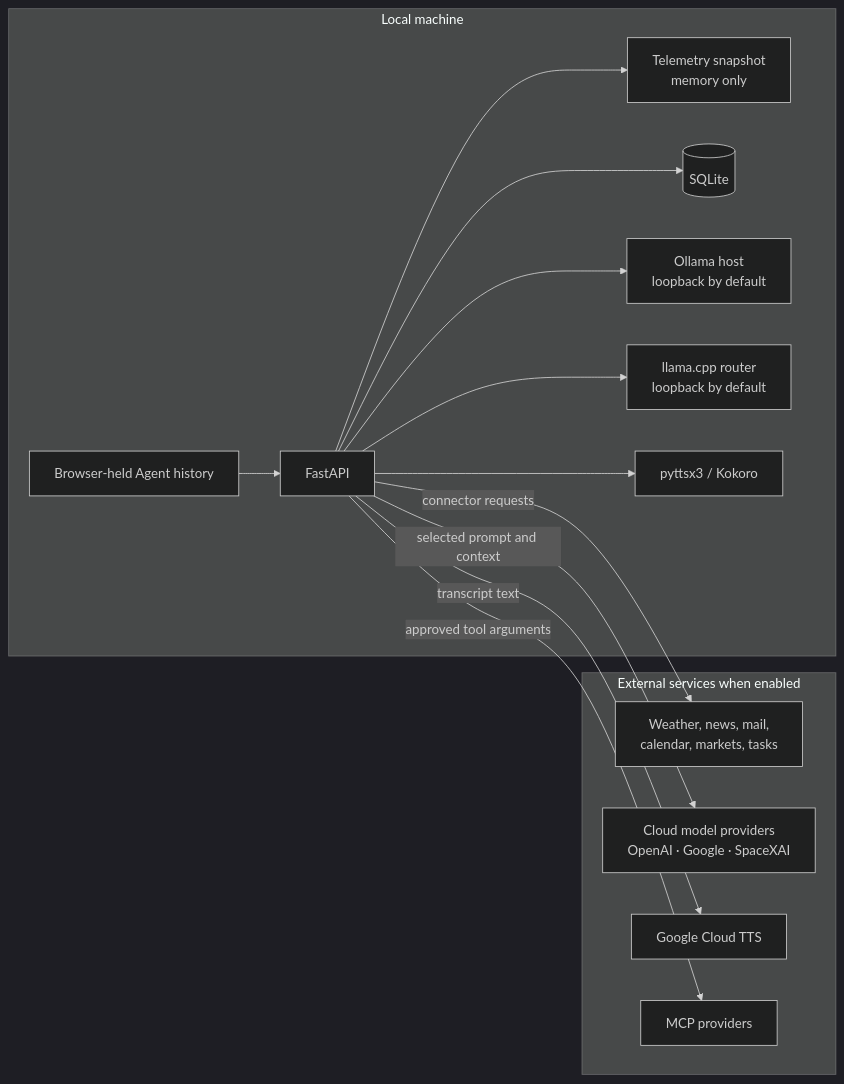
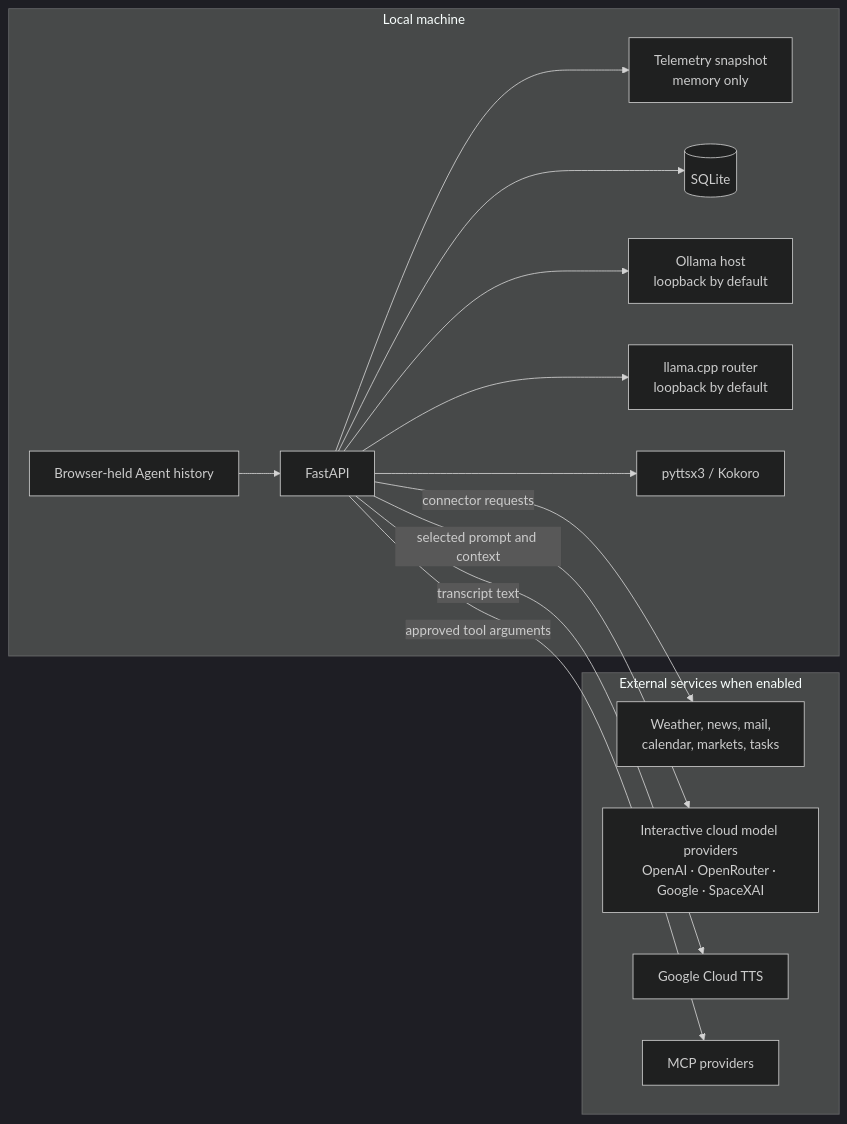
Before and after one commit to edumarcano/APEX: the diagram in docs/privacy.md, drawn with Mermaid (dark theme). The commit also changed other lines of this file and 30 other files, not shown here.

First line of the commit message:
feat: add OpenRouter provider (#368, #382)

````diff
--- a/docs/privacy.md
+++ b/docs/privacy.md
@@ -23,33 +23,33 @@
 ```mermaid
 flowchart LR
     subgraph LOCAL["Local machine"]
         BROWSER["Browser-held Agent history"]
         API["FastAPI"]
         SNAPSHOT["Telemetry snapshot<br/>memory only"]
         DB[("SQLite")]
         OLLAMA["Ollama host
 loopback by default"]
         LLAMA["llama.cpp router
 loopback by default"]
         LOCAL_TTS["pyttsx3 / Kokoro"]
 
         BROWSER --> API
         API --> SNAPSHOT
         API --> DB
         API --> OLLAMA
         API --> LLAMA
         API --> LOCAL_TTS
     end
 
     subgraph EXTERNAL["External services when enabled"]
         CONNECTORS["Weather, news, mail,<br/>calendar, markets, tasks"]
-        CLOUD_PROVIDERS["Cloud model providers<br/>OpenAI · Google · SpaceXAI"]
+        CLOUD_PROVIDERS["Interactive cloud model providers<br/>OpenAI · OpenRouter · Google · SpaceXAI"]
         CLOUD_TTS["Google Cloud TTS"]
         MCP["MCP providers"]
     end
 
     API -->|"connector requests"| CONNECTORS
     API -->|"selected prompt and context"| CLOUD_PROVIDERS
     API -->|"transcript text"| CLOUD_TTS
     API -->|"approved tool arguments"| MCP
 ```
````
